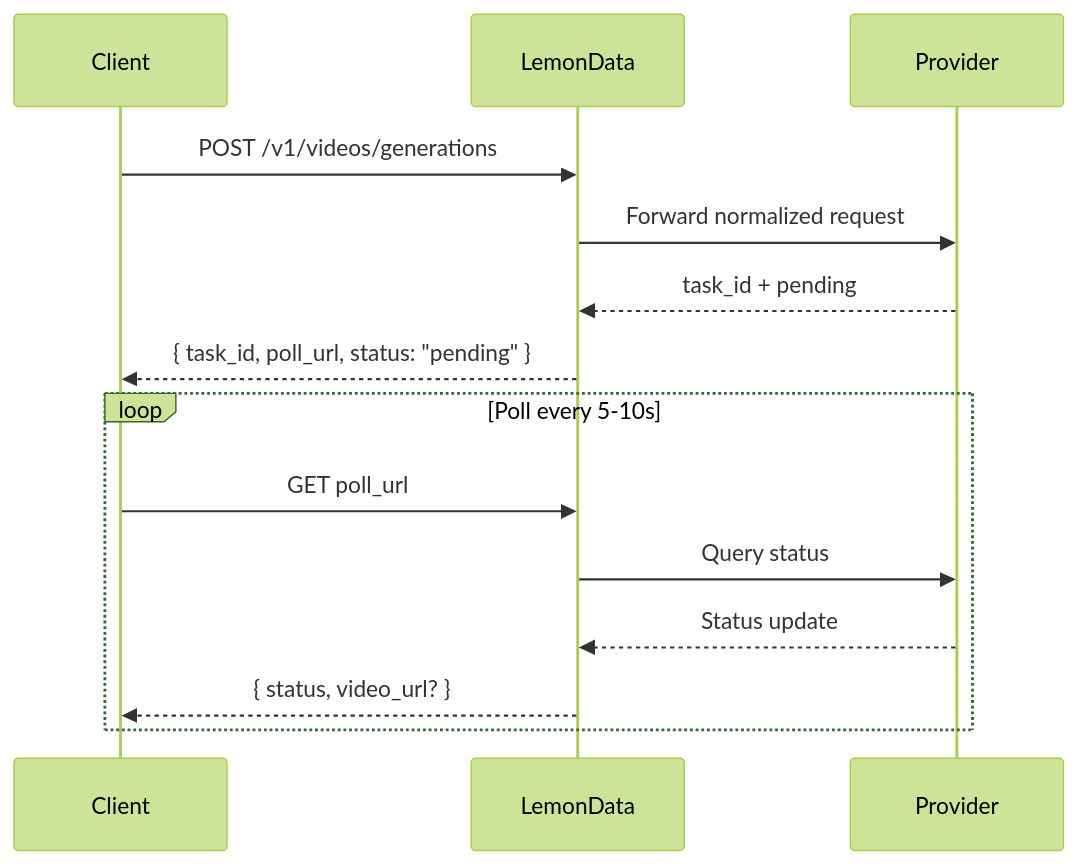
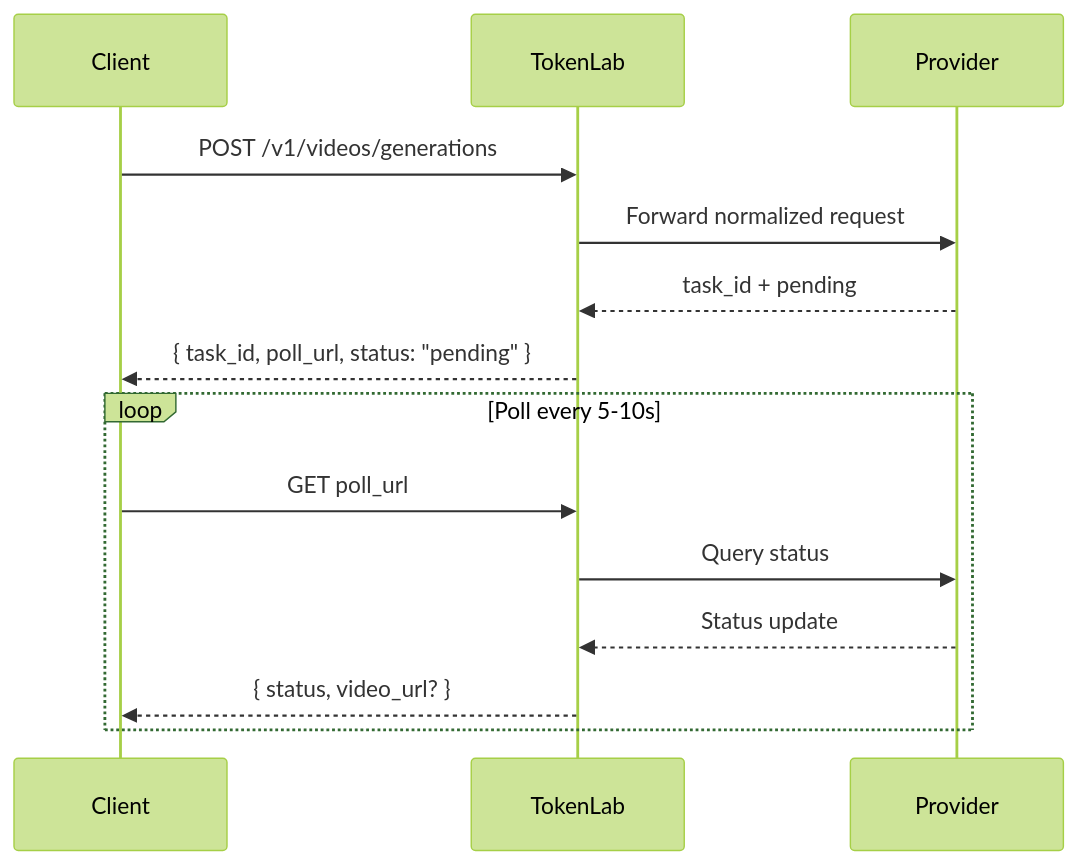
One commit to hedging8563/lemondata-docs changed the diagram in guides/video-generation.mdx. Above: the diagram before and after it, drawn with Mermaid (forest theme). The commit also changed other lines of this file and 858 other files, not shown here.

````diff
--- a/guides/video-generation.mdx
+++ b/guides/video-generation.mdx
@@ -24,18 +24,18 @@
 ```mermaid
 sequenceDiagram
     participant Client
-    participant LemonData
+    participant TokenLab
     participant Provider
 
-    Client->>LemonData: POST /v1/videos/generations
-    LemonData->>Provider: Forward normalized request
-    Provider-->>LemonData: task_id + pending
-    LemonData-->>Client: { task_id, poll_url, status: "pending" }
+    Client->>TokenLab: POST /v1/videos/generations
+    TokenLab->>Provider: Forward normalized request
+    Provider-->>TokenLab: task_id + pending
+    TokenLab-->>Client: { task_id, poll_url, status: "pending" }
 
     loop Poll every 5-10s
-        Client->>LemonData: GET poll_url
-        LemonData->>Provider: Query status
-        Provider-->>LemonData: Status update
-        LemonData-->>Client: { status, video_url? }
+        Client->>TokenLab: GET poll_url
+        TokenLab->>Provider: Query status
+        Provider-->>TokenLab: Status update
+        TokenLab-->>Client: { status, video_url? }
     end
 ```
````
